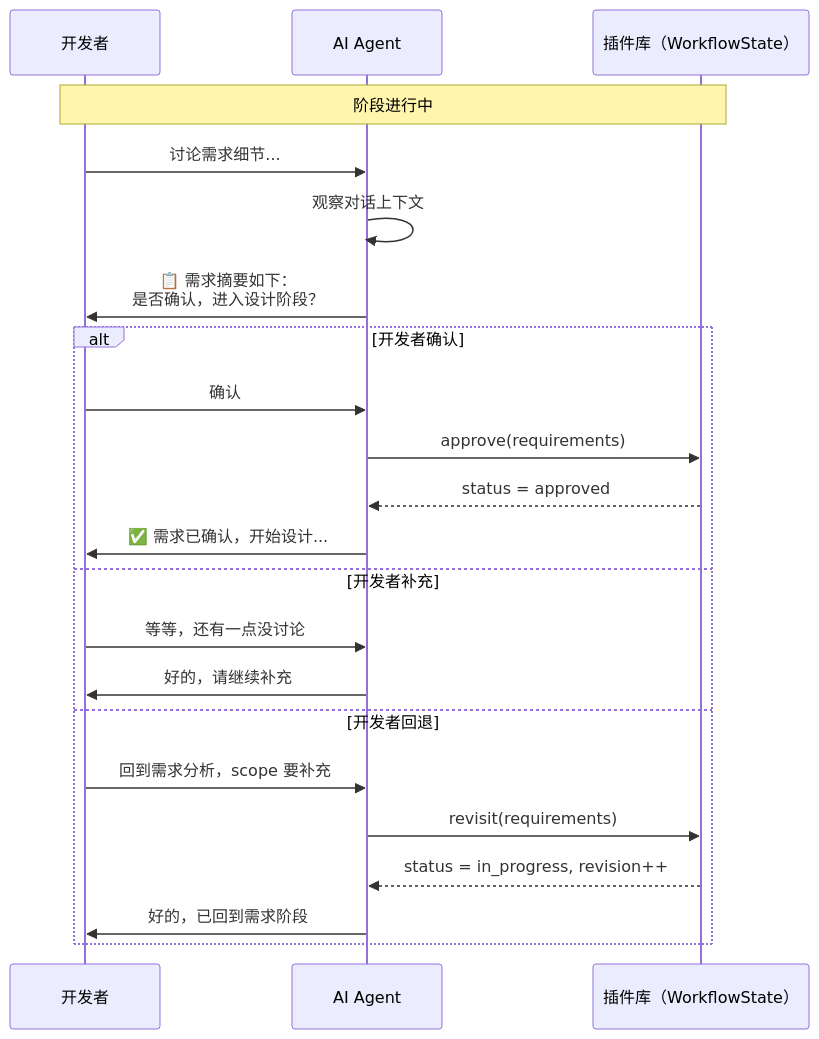
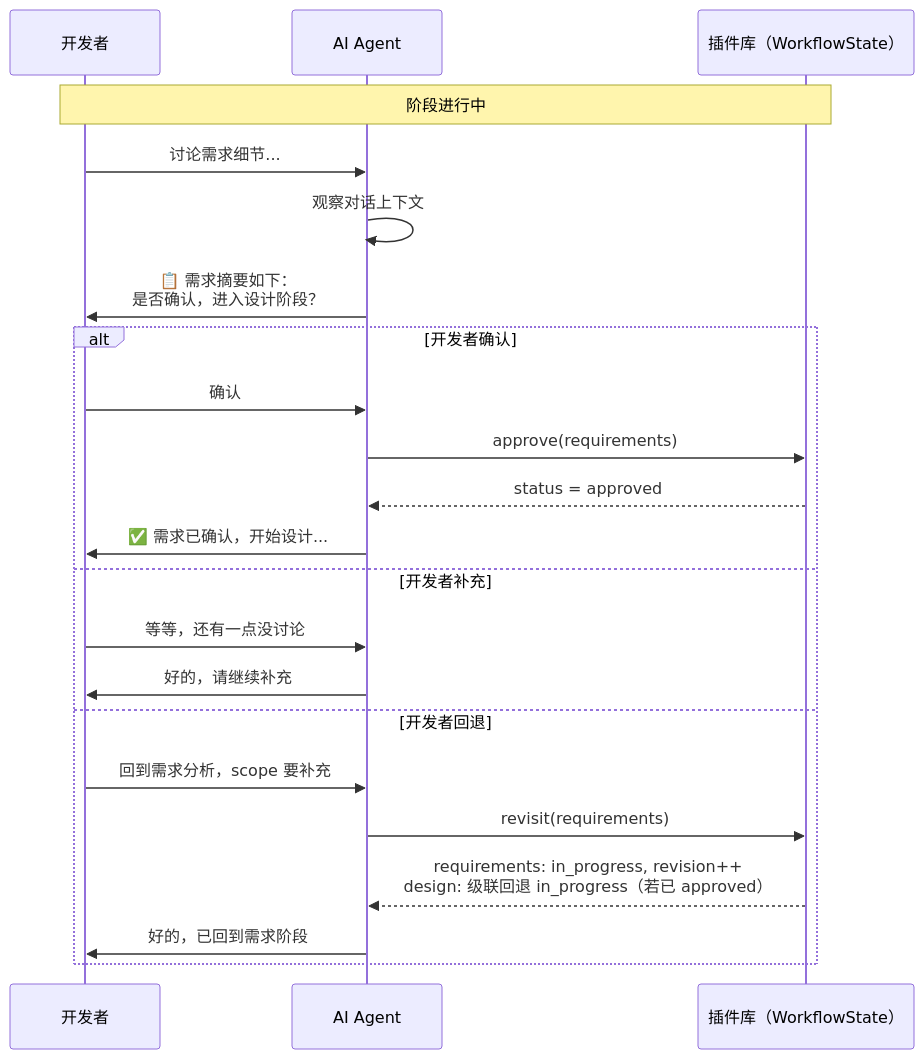
The fourth of 16 diagrams in opencode-session-mgmt/docs/session-management.md (wonglaitung/opencode), drawn with Mermaid before and after one commit. The commit also changed other lines of this file and 6 other files, not shown here.

````diff
--- a/opencode-session-mgmt/docs/session-management.md
+++ b/opencode-session-mgmt/docs/session-management.md
@@ -158,26 +158,26 @@
 ```mermaid
 sequenceDiagram
     participant Dev as 开发者
     participant AI as AI Agent
     participant Store as 插件库（WorkflowState）
 
     Note over Dev,Store: 阶段进行中
     Dev->>AI: 讨论需求细节...
     AI->>AI: 观察对话上下文
     AI->>Dev: 📋 需求摘要如下：<br/>是否确认，进入设计阶段？
 
     alt 开发者确认
         Dev->>AI: 确认
         AI->>Store: approve(requirements)
         Store-->>AI: status = approved
         AI->>Dev: ✅ 需求已确认，开始设计...
     else 开发者补充
         Dev->>AI: 等等，还有一点没讨论
         AI->>Dev: 好的，请继续补充
     else 开发者回退
         Dev->>AI: 回到需求分析，scope 要补充
         AI->>Store: revisit(requirements)
-        Store-->>AI: status = in_progress, revision++
+        Store-->>AI: requirements: in_progress, revision++<br/>design: 级联回退 in_progress（若已 approved）
         AI->>Dev: 好的，已回到需求阶段
     end
 ```
````
